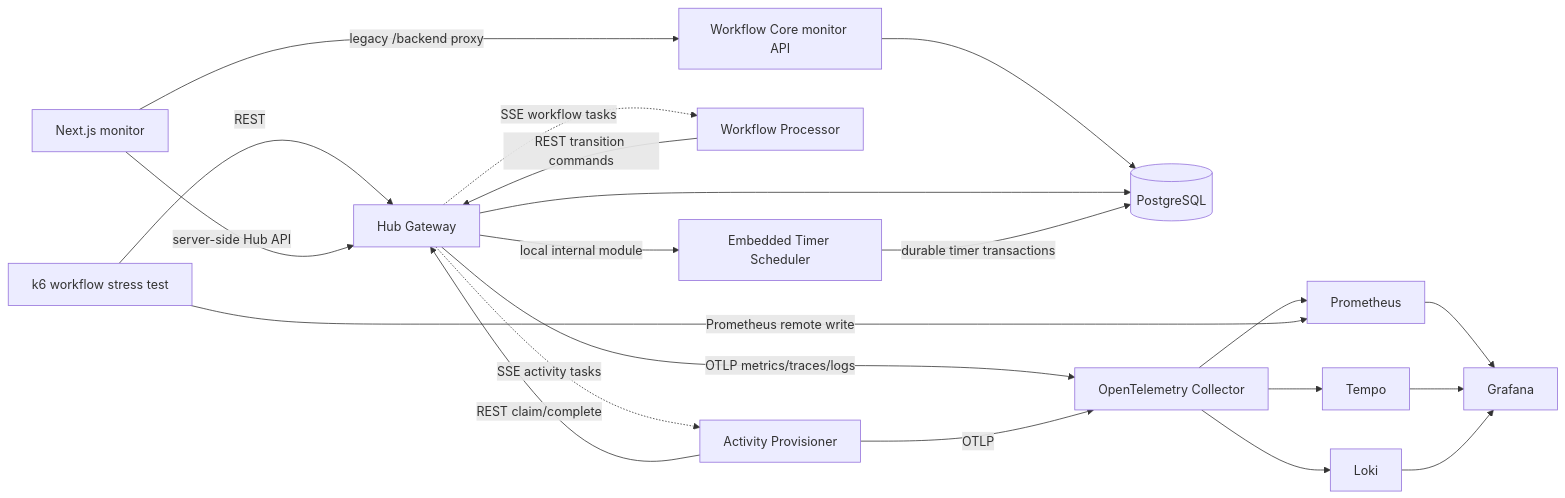
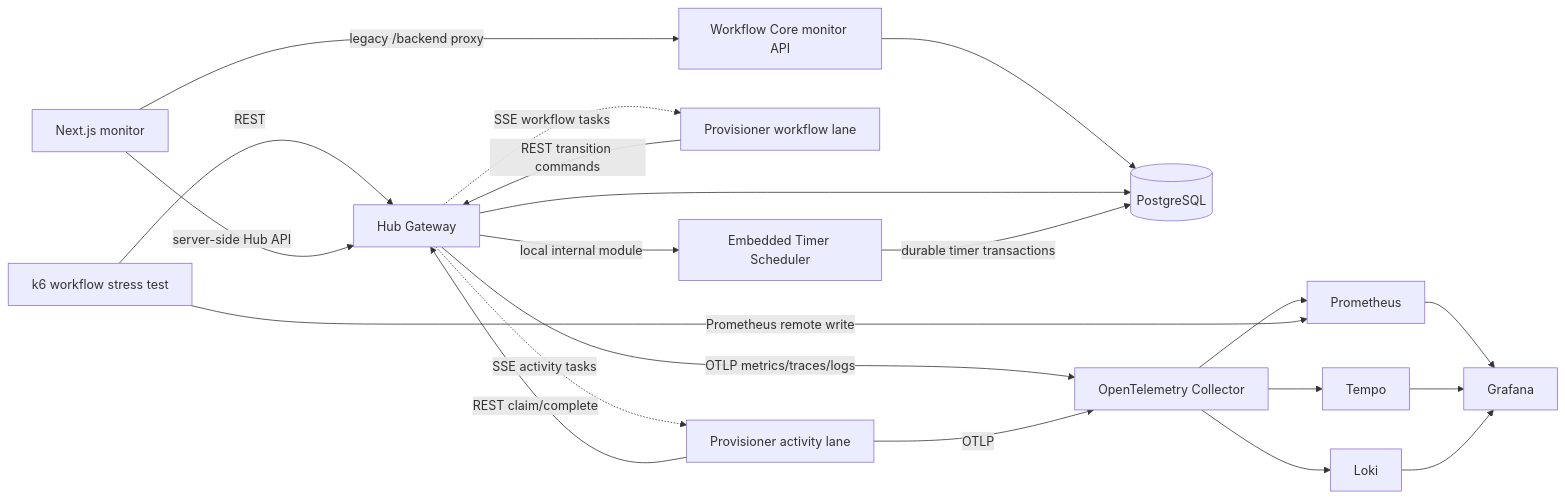
One commit to thanhhaictld/workflow-core changed the diagram in scaling/observability/README.md. Above: the diagram before and after it, drawn with Mermaid. The commit also changed other lines of this file and 21 other files, not shown here.

```diff
--- a/scaling/observability/README.md
+++ b/scaling/observability/README.md
@@ -10,23 +13,23 @@
 ~~~mermaid
 flowchart LR
   K6["k6 workflow stress test"] -->|REST| H["Hub Gateway"]
   UI["Next.js monitor"] -->|server-side Hub API| H
   UI -->|legacy /backend proxy| API["Workflow Core monitor API"]
   API --> P
   H --> P[("PostgreSQL")]
-  H -. SSE workflow tasks .-> PR["Workflow Processor"]
-  H -. SSE activity tasks .-> W["Activity Provisioner"]
+  H -. SSE workflow tasks .-> PR["Provisioner workflow lane"]
+  H -. SSE activity tasks .-> W["Provisioner activity lane"]
   PR -->|REST transition commands| H
   W -->|REST claim/complete| H
   H -->|local internal module| S["Embedded Timer Scheduler"]
   S -->|durable timer transactions| P
   H -->|OTLP metrics/traces/logs| O["OpenTelemetry Collector"]
   W -->|OTLP| O
   O --> M["Prometheus"]
   O --> T["Tempo"]
   O --> L["Loki"]
   K6 -->|Prometheus remote write| M
   M --> G["Grafana"]
   T --> G
   L --> G
 ~~~
```
